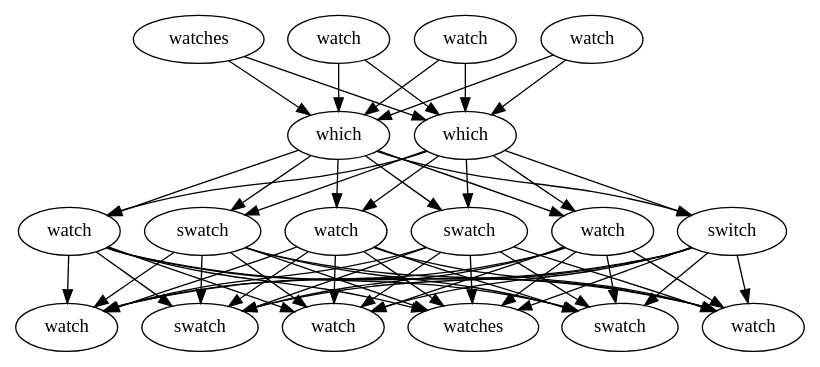
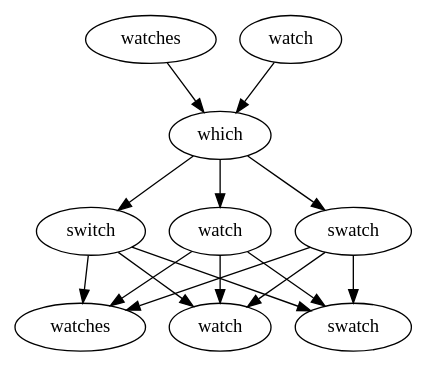
The diagram in test-output/which.gv (EnzoTheBrown/Fuzzy_Sublist), drawn with Graphviz before and after one commit. The commit also changed 7 other files, not shown here.

```diff
--- a/test-output/which.gv
+++ b/test-output/which.gv
@@ -1,76 +1,25 @@
 digraph {
-	140096289969152 [label=watch]
-	140096289968816 [label=watch]
-	140096289969208 [label=watches]
-	140096289969432 [label=watch]
-	140096289969544 [label=which]
-	140096289969600 [label=which]
-	140096289969656 [label=watch]
-	140096289969712 [label=swatch]
-	140096289969768 [label=watch]
-	140096289969824 [label=swatch]
-	140096289969880 [label=watch]
-	140096289969936 [label=switch]
-	140096289969992 [label=watch]
-	140096289970048 [label=swatch]
-	140096289970104 [label=watch]
-	140096289970160 [label=watches]
-	140096289970216 [label=swatch]
-	140096289970272 [label=watch]
-	140096289969152 -> 140096289969544 [constaint=false]
-	140096289969544 -> 140096289969656 [constaint=false]
-	140096289969656 -> 140096289969992 [constaint=false]
-	140096289969656 -> 140096289970048 [constaint=false]
-	140096289969656 -> 140096289970104 [constaint=false]
-	140096289969656 -> 140096289970160 [constaint=false]
-	140096289969656 -> 140096289970216 [constaint=false]
-	140096289969656 -> 140096289970272 [constaint=false]
-	140096289969544 -> 140096289969712 [constaint=false]
-	140096289969712 -> 140096289969992 [constaint=false]
-	140096289969712 -> 140096289970048 [constaint=false]
-	140096289969712 -> 140096289970104 [constaint=false]
-	140096289969712 -> 140096289970160 [constaint=false]
-	140096289969712 -> 140096289970216 [constaint=false]
-	140096289969712 -> 140096289970272 [constaint=false]
-	140096289969544 -> 140096289969768 [constaint=false]
-	140096289969768 -> 140096289969992 [constaint=false]
-	140096289969768 -> 140096289970048 [constaint=false]
-	140096289969768 -> 140096289970104 [constaint=false]
-	140096289969768 -> 140096289970160 [constaint=false]
-	140096289969768 -> 140096289970216 [constaint=false]
-	140096289969768 -> 140096289970272 [constaint=false]
-	140096289969544 -> 140096289969824 [constaint=false]
-	140096289969824 -> 140096289969992 [constaint=false]
-	140096289969824 -> 140096289970048 [constaint=false]
-	140096289969824 -> 140096289970104 [constaint=false]
-	140096289969824 -> 140096289970160 [constaint=false]
-	140096289969824 -> 140096289970216 [constaint=false]
-	140096289969824 -> 140096289970272 [constaint=false]
-	140096289969544 -> 140096289969880 [constaint=false]
-	140096289969880 -> 140096289969992 [constaint=false]
-	140096289969880 -> 140096289970048 [constaint=false]
-	140096289969880 -> 140096289970104 [constaint=false]
-	140096289969880 -> 140096289970160 [constaint=false]
-	140096289969880 -> 140096289970216 [constaint=false]
-	140096289969880 -> 140096289970272 [constaint=false]
-	140096289969544 -> 140096289969936 [constaint=false]
-	140096289969936 -> 140096289969992 [constaint=false]
-	140096289969936 -> 140096289970048 [constaint=false]
-	140096289969936 -> 140096289970104 [constaint=false]
-	140096289969936 -> 140096289970160 [constaint=false]
-	140096289969936 -> 140096289970216 [constaint=false]
-	140096289969936 -> 140096289970272 [constaint=false]
-	140096289969152 -> 140096289969600 [constaint=false]
-	140096289969600 -> 140096289969656 [constaint=false]
-	140096289969600 -> 140096289969712 [constaint=false]
-	140096289969600 -> 140096289969768 [constaint=false]
-	140096289969600 -> 140096289969824 [constaint=false]
-	140096289969600 -> 140096289969880 [constaint=false]
-	140096289969600 -> 140096289969936 [constaint=false]
-	140096289968816 -> 140096289969544 [constaint=false]
-	140096289968816 -> 140096289969600 [constaint=false]
-	140096289969208 -> 140096289969544 [constaint=false]
-	140096289969208 -> 140096289969600 [constaint=false]
-	140096289969432 -> 140096289969544 [constaint=false]
-	140096289969432 -> 140096289969600 [constaint=false]
+	140326006880856 [label=watches]
+	140326006880520 [label=watch]
+	140326006880912 [label=which]
+	140326006881136 [label=switch]
+	140326006881192 [label=watch]
+	140326006881248 [label=swatch]
+	140326006881304 [label=watches]
+	140326006881360 [label=watch]
+	140326006881416 [label=swatch]
+	140326006880856 -> 140326006880912 [constaint=false]
+	140326006880912 -> 140326006881136 [constaint=false]
+	140326006881136 -> 140326006881304 [constaint=false]
+	140326006881136 -> 140326006881360 [constaint=false]
+	140326006881136 -> 140326006881416 [constaint=false]
+	140326006880912 -> 140326006881192 [constaint=false]
+	140326006881192 -> 140326006881304 [constaint=false]
+	140326006881192 -> 140326006881360 [constaint=false]
+	140326006881192 -> 140326006881416 [constaint=false]
+	140326006880912 -> 140326006881248 [constaint=false]
+	140326006881248 -> 140326006881304 [constaint=false]
+	140326006881248 -> 140326006881360 [constaint=false]
+	140326006881248 -> 140326006881416 [constaint=false]
+	140326006880520 -> 140326006880912 [constaint=false]
 }
```
